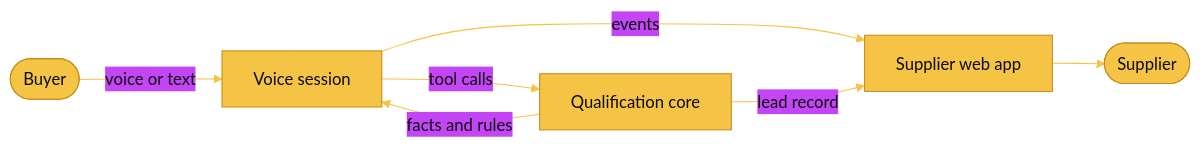
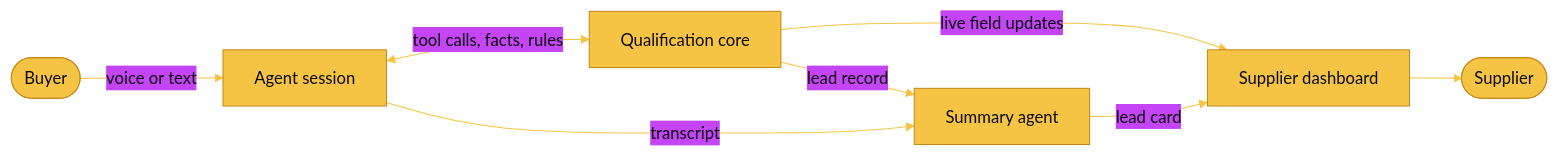
One commit to HahaBill/fleek-hackathon changed the first of 2 diagrams in README.md. Above: the diagram before and after it, drawn with Mermaid. The commit also changed other lines of this file, not shown here.

Commit message:
Reconcile README for the session server, live voice chips, summary agent, and eval harness

````diff
--- a/README.md
+++ b/README.md
@@ -39,10 +39,11 @@
 ```mermaid
 %%{init: {'theme':'base','themeVariables':{'primaryColor':'#F6C445','primaryTextColor':'#0A0A0A','primaryBorderColor':'#C68A16','lineColor':'#F6C445','clusterBkg':'#141414','clusterBorder':'#333333'}}}%%
 flowchart LR
-  buyer([Buyer]) -->|voice or text| voice[Voice session]
-  voice -->|tool calls| core[Qualification core]
-  core -->|facts and rules| voice
-  voice -->|events| web[Supplier web app]
-  core -->|lead record| web
+  buyer([Buyer]) -->|voice or text| session[Agent session]
+  session <-->|tool calls, facts, rules| core[Qualification core]
+  core -->|live field updates| web[Supplier dashboard]
+  core -->|lead record| summary[Summary agent]
+  session -->|transcript| summary
+  summary -->|lead card| web
   web --> supplier([Supplier])
 ```
````
